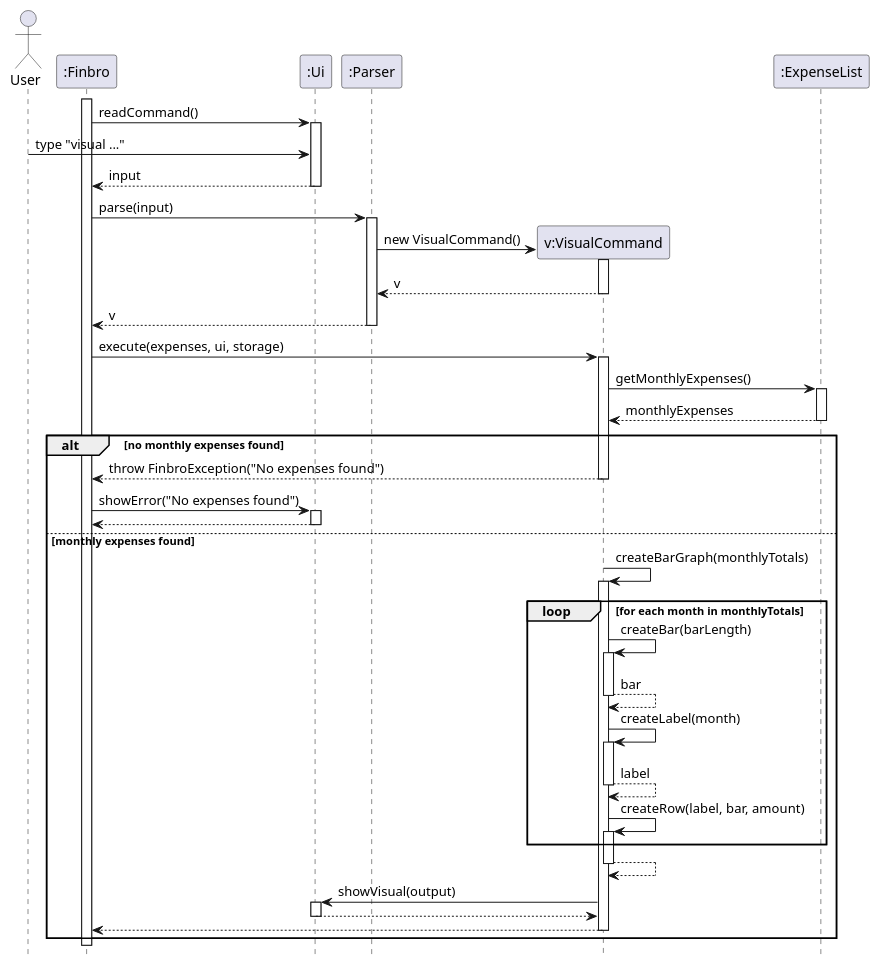
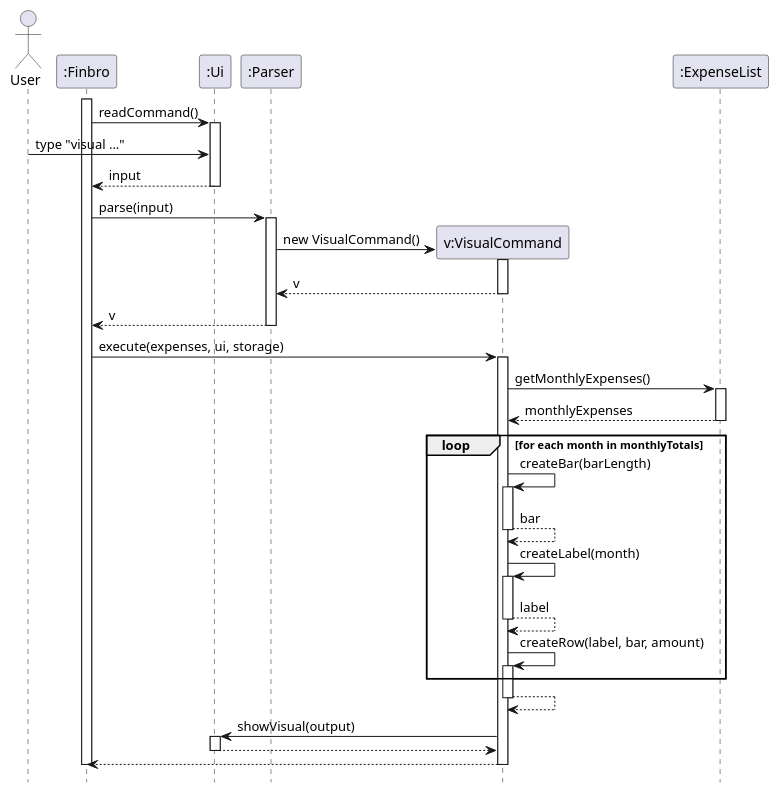
The diagram in docs/UML_diagrams/VisualCommand.puml (natmloclam/tp), drawn with PlantUML before and after one commit. The commit also changed 1 other file, not shown here.

Commit message:
Change visual command sequence diagram

```diff
--- a/docs/UML_diagrams/VisualCommand.puml
+++ b/docs/UML_diagrams/VisualCommand.puml
@@ -1,81 +1,70 @@
 @startuml VisualCommand
 hide footbox
 
 actor User
 
 
 participant ":Finbro" as Finbro
 participant ":Ui" as Ui
 participant ":Parser" as Parser
 participant "v:VisualCommand" as VisualCommand
 participant ":ExpenseList" as ExpenseList
 
 
 activate Finbro
 Finbro -> Ui ++ : readCommand()
 User -> Ui : type "visual ..."
 Ui --> Finbro : input
 deactivate Ui
 
 Finbro -> Parser : parse(input)
 activate Parser
 
 create VisualCommand
 Parser -> VisualCommand : new VisualCommand()
 activate VisualCommand
 VisualCommand --> Parser : v
 deactivate VisualCommand
 
 Parser --> Finbro : v
 deactivate Parser
 
 Finbro -> VisualCommand : execute(expenses, ui, storage)
 activate VisualCommand
 
 VisualCommand -> ExpenseList : getMonthlyExpenses()
 activate ExpenseList
 ExpenseList --> VisualCommand : monthlyExpenses
 deactivate ExpenseList
 
-alt no monthly expenses found
-    VisualCommand --> Finbro : throw FinbroException("No expenses found")
+
+
+loop for each month in monthlyTotals
+    VisualCommand -> VisualCommand : createBar(barLength)
+    activate VisualCommand
+    VisualCommand --> VisualCommand : bar
     deactivate VisualCommand
 
-    Finbro -> Ui : showError("No expenses found")
-    activate Ui
-    Ui --> Finbro
-    deactivate Ui
+    VisualCommand -> VisualCommand : createLabel(month)
+    activate VisualCommand
+    VisualCommand --> VisualCommand : label
+    deactivate VisualCommand
 
-else monthly expenses found
-    VisualCommand -> VisualCommand : createBarGraph(monthlyTotals)
+    VisualCommand -> VisualCommand : createRow(label, bar, amount)
     activate VisualCommand
-
-    loop for each month in monthlyTotals
-        VisualCommand -> VisualCommand : createBar(barLength)
-        activate VisualCommand
-        VisualCommand --> VisualCommand : bar
-        deactivate VisualCommand
-
-        VisualCommand -> VisualCommand : createLabel(month)
-        activate VisualCommand
-        VisualCommand --> VisualCommand : label
-        deactivate VisualCommand
-
-        VisualCommand -> VisualCommand : createRow(label, bar, amount)
-        activate VisualCommand
-    end
+end
 
     VisualCommand --> VisualCommand
     deactivate VisualCommand
 
     VisualCommand -> Ui : showVisual(output)
     activate Ui
     Ui --> VisualCommand
     deactivate Ui
 
     VisualCommand --> Finbro
     deactivate VisualCommand
-end
+
 
 deactivate Finbro
 @enduml
```
